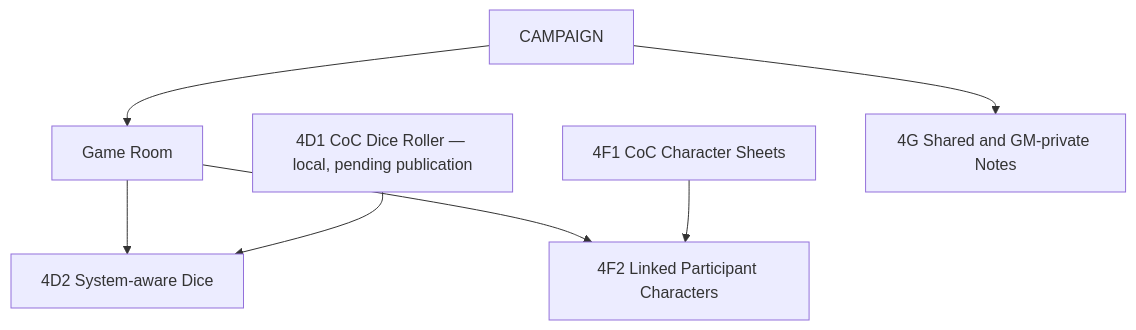
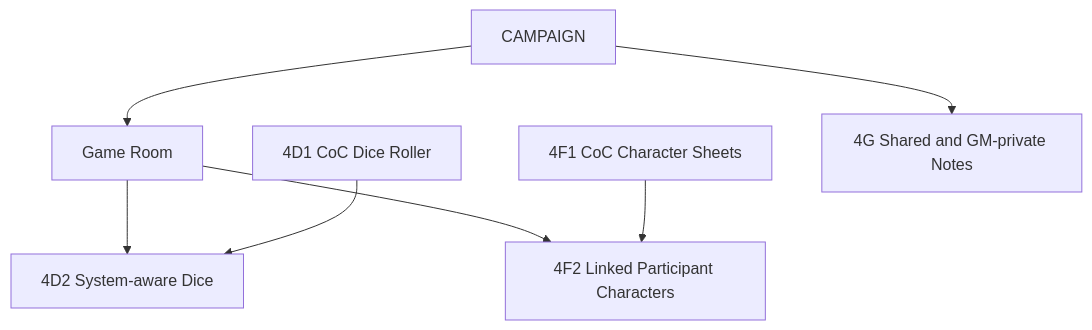
Before and after one commit to Andrey-0101/ttrpg-website: the second of 2 diagrams in docs/product/SITE_MAP.md, drawn with Mermaid. The commit also changed other lines of this file and 50 other files, not shown here.

First line of the commit message:
Refine dice roller navigation and history UX (#47)

````diff
--- a/docs/product/SITE_MAP.md
+++ b/docs/product/SITE_MAP.md
@@ -34,9 +34,9 @@
 ```mermaid
 flowchart TD
     CAMPAIGN --> GAME_ROOM["Game Room"]
     GAME_ROOM --> SYSTEM_DICE["4D2 System-aware Dice"]
-    COC_DICE["4D1 CoC Dice Roller — local, pending publication"] --> SYSTEM_DICE
+    COC_DICE["4D1 CoC Dice Roller"] --> SYSTEM_DICE
     GAME_ROOM --> LINKED_CHARACTERS["4F2 Linked Participant Characters"]
     COC_CHARACTERS["4F1 CoC Character Sheets"] --> LINKED_CHARACTERS
     CAMPAIGN --> NOTES["4G Shared and GM-private Notes"]
 ```
````
